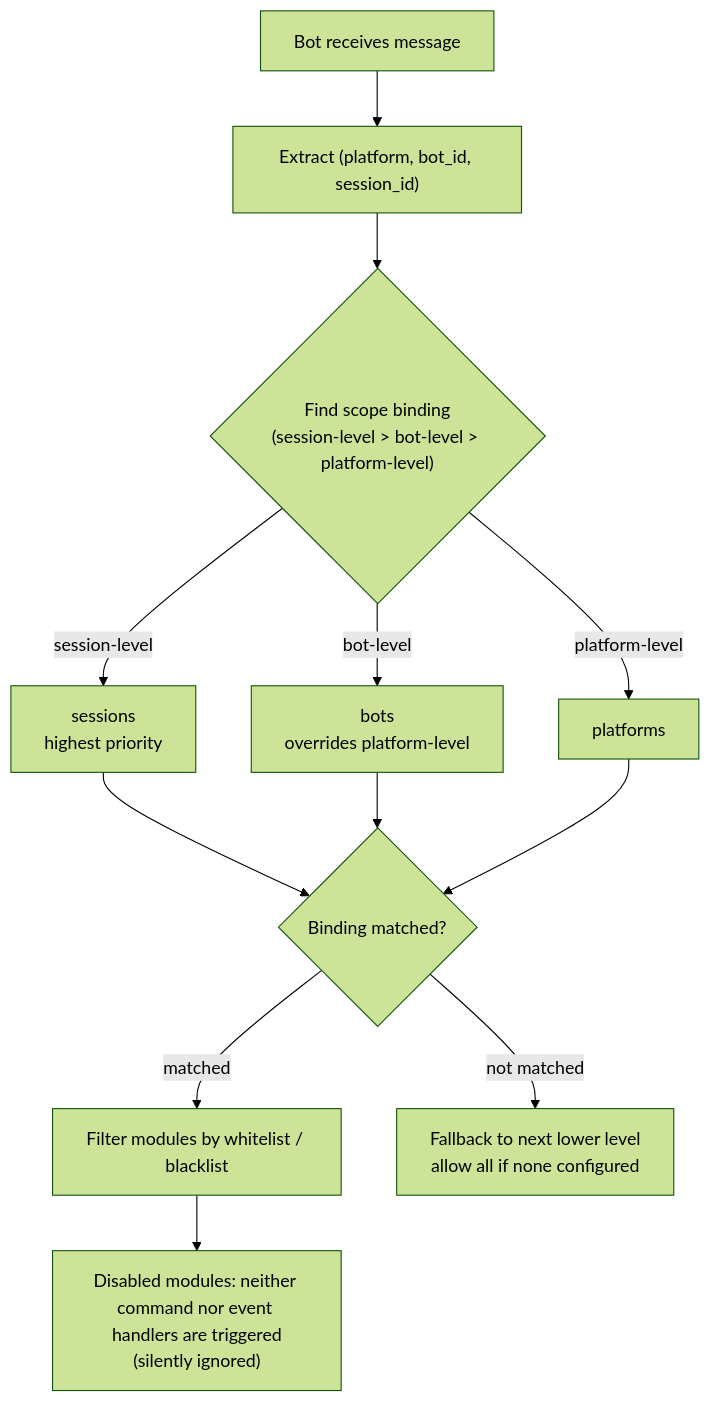
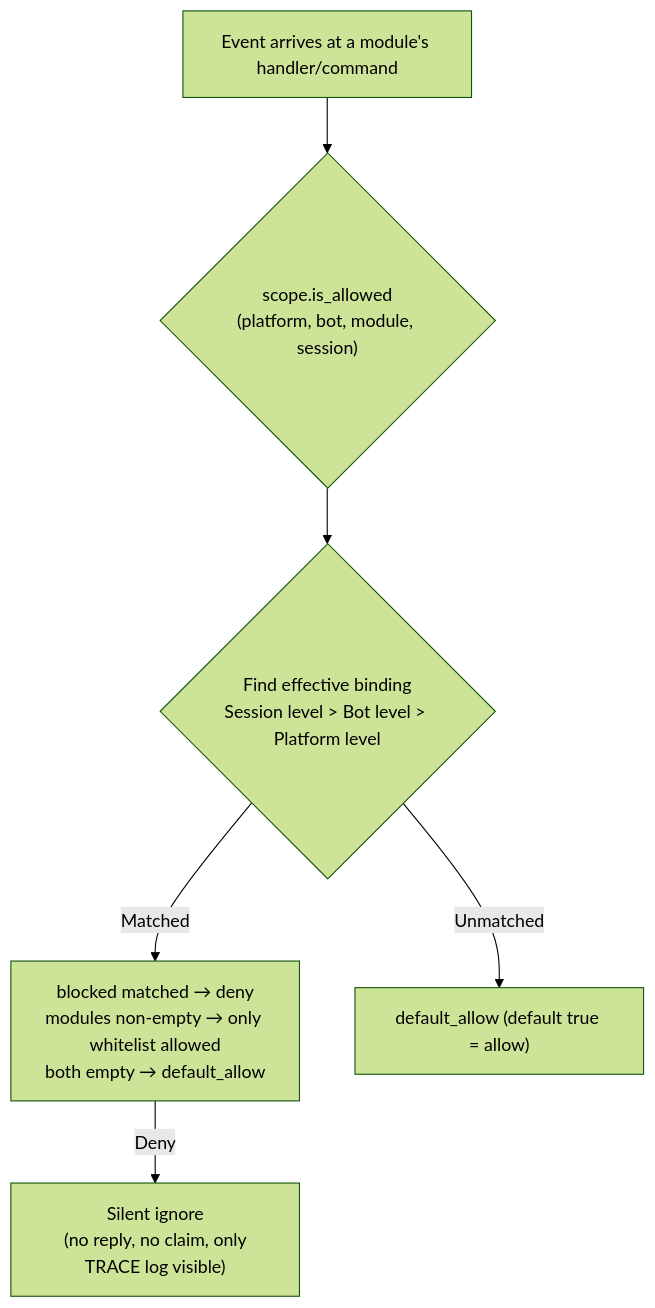
Before and after one commit to ErisPulse/ErisPulse: the diagram in docs/en/advanced/scope.md, drawn with Mermaid (forest theme). The commit also changed other lines of this file and 299 other files, not shown here.

````diff
--- a/docs/en/advanced/scope.md
+++ b/docs/en/advanced/scope.md
@@ -19,12 +99,8 @@
 ```mermaid
 flowchart TD
-    A["Bot receives message"] --> B["Extract (platform, bot_id, session_id)"]
-    B --> C{"Find scope binding<br/>(session-level > bot-level > platform-level)"}
-    C -->|"session-level"| D["sessions<br/>highest priority"]
-    C -->|"bot-level"| E["bots<br/>overrides platform-level"]
-    C -->|"platform-level"| F["platforms"]
-    D & E & F --> G{"Binding matched?"}
-    G -->|"matched"| H["Filter modules by whitelist / blacklist"]
-    G -->|"not matched"| I["Fallback to next lower level<br/>allow all if none configured"]
-    H --> J["Disabled modules: neither command nor event handlers are triggered<br/>(silently ignored)"]
+    A["Event arrives at a module's handler/command"] --> B{"scope.is_allowed<br/>(platform, bot, module, session)"}
+    B --> C{"Find effective binding<br/>Session level > Bot level > Platform level"}
+    C -->|"Matched"| D["blocked matched → deny<br/>modules non-empty → only whitelist allowed<br/>both empty → default_allow"]
+    C -->|"Unmatched"| E["default_allow (default true = allow)"]
+    D -->|"Deny"| Z["Silent ignore<br/> (no reply, no claim, only TRACE log visible)"]
 ```
````
